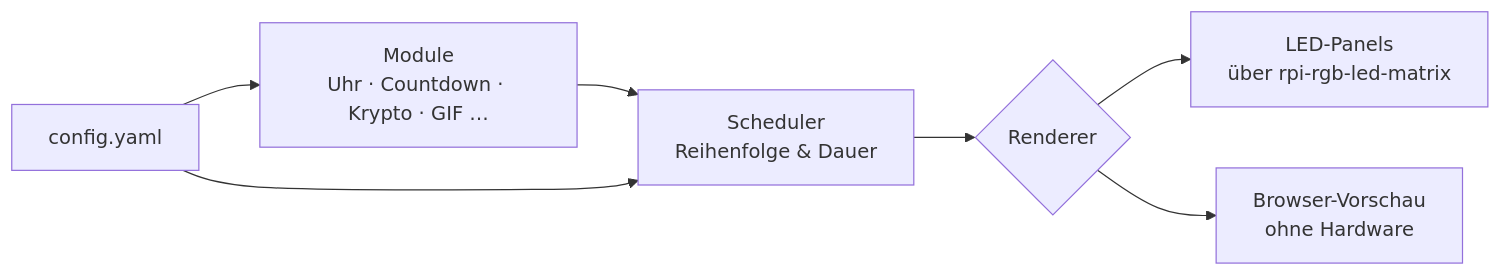
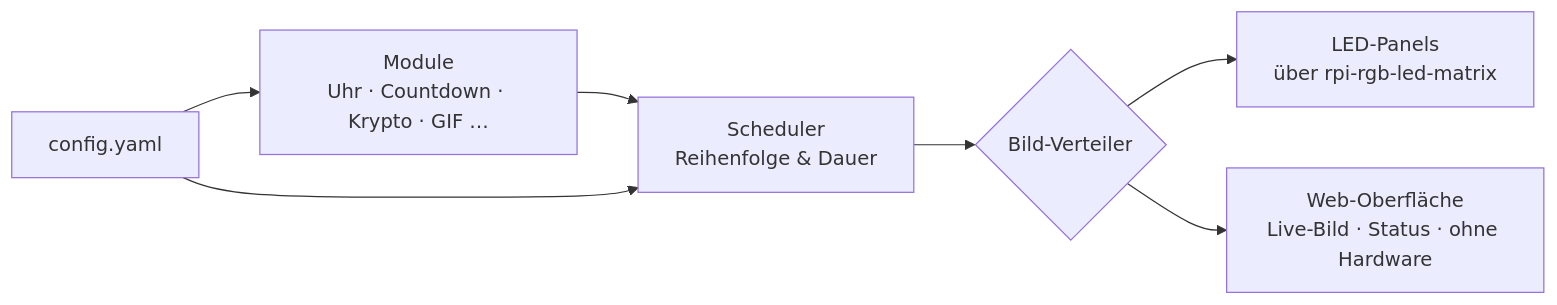
The diagram in docs/README.de.md (gerry-git-ops/Waveshare-P2.5-LED-Matrix), drawn with Mermaid before and after one commit. The commit also changed other lines of this file and 10 other files, not shown here.

````diff
--- a/docs/README.de.md
+++ b/docs/README.de.md
@@ -141,9 +141,9 @@
 ```mermaid
 flowchart LR
     A[Module<br/>Uhr · Countdown · Krypto · GIF …] --> B[Scheduler<br/>Reihenfolge & Dauer]
     E[config.yaml] --> A
     E --> B
-    B --> C{Renderer}
+    B --> C{Bild-Verteiler}
     C --> D[LED-Panels<br/>über rpi-rgb-led-matrix]
-    C --> F[Browser-Vorschau<br/>ohne Hardware]
+    C --> F[Web-Oberfläche<br/>Live-Bild · Status · ohne Hardware]
 ```
````
